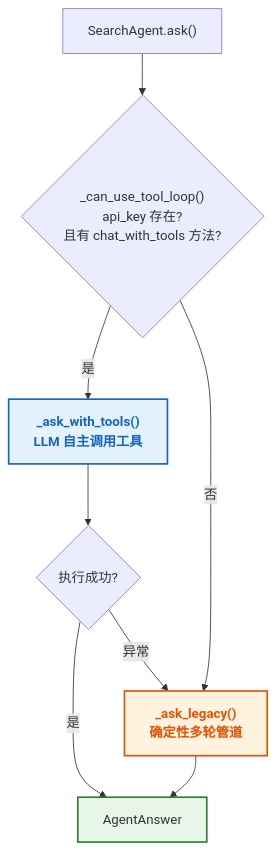
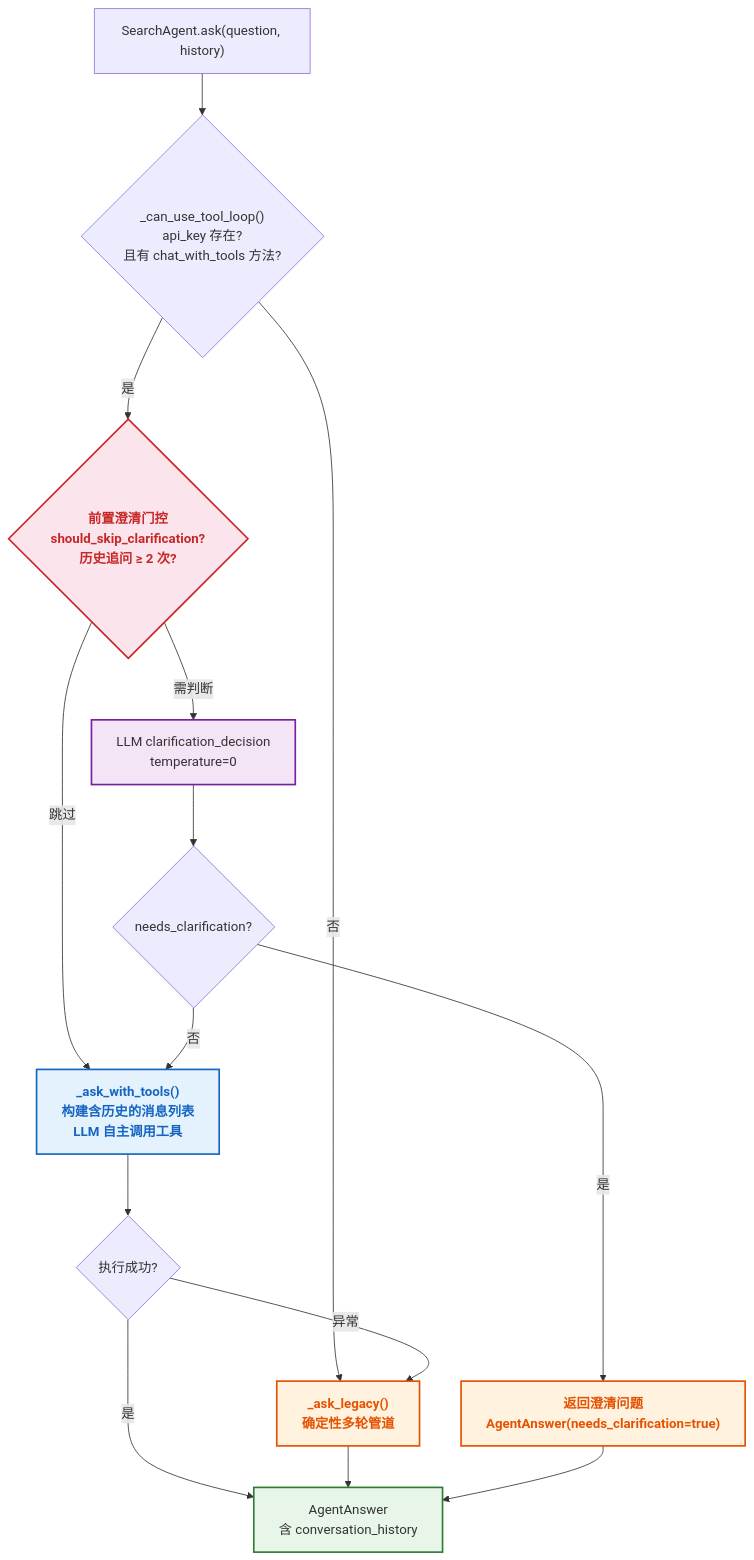
Before and after one commit to taohong000/search_agent: the eighth of 8 diagrams in 项目流程图.md, drawn with Mermaid. The commit also changed other lines of this file and 2 other files, not shown here.

Commit message:
Enhance clarification system prompt to require region for local policy questions and update related tests. Improve flowchart documentation with additional clarification gate and conversation history features.

````diff
--- a/项目流程图.md
+++ b/项目流程图.md
@@ -321,16 +352,26 @@
 ```mermaid
 flowchart TD
-    Start["SearchAgent.ask()"] --> Check{"_can_use_tool_loop()<br>api_key 存在?<br>且有 chat_with_tools 方法?"}
+    Start["SearchAgent.ask(question, history)"] --> Check{"_can_use_tool_loop()<br>api_key 存在?<br>且有 chat_with_tools 方法?"}
 
-    Check -- "是" --> ToolLoop["_ask_with_tools()<br>LLM 自主调用工具"]
+    Check -- "是" --> ClarGate{"前置澄清门控<br>should_skip_clarification?<br>历史追问 ≥ 2 次?"}
+    ClarGate -- "跳过" --> ToolLoop["_ask_with_tools()<br>构建含历史的消息列表<br>LLM 自主调用工具"]
+    ClarGate -- "需判断" --> ClarLLM["LLM clarification_decision<br>temperature=0"]
+    ClarLLM --> ClarResult{"needs_clarification?"}
+    ClarResult -- "是" --> ClarReturn["返回澄清问题<br>AgentAnswer(needs_clarification=true)"]
+    ClarResult -- "否" --> ToolLoop
+
     Check -- "否" --> Legacy["_ask_legacy()<br>确定性多轮管道"]
 
     ToolLoop --> ToolOK{"执行成功?"}
-    ToolOK -- "是" --> Output["AgentAnswer"]
+    ToolOK -- "是" --> Output["AgentAnswer<br>含 conversation_history"]
     ToolOK -- "异常" --> Legacy
     Legacy --> Output
+    ClarReturn --> Output
 
+    style ClarGate fill:#fce4ec,stroke:#c62828,stroke-width:2px,color:#c62828,font-weight:bold
+    style ClarLLM fill:#f3e5f5,stroke:#7b1fa2,stroke-width:2px
+    style ClarReturn fill:#fff3e0,stroke:#e65100,stroke-width:2px,color:#e65100,font-weight:bold
     style ToolLoop fill:#e3f2fd,stroke:#1565c0,stroke-width:2px,color:#1565c0,font-weight:bold
     style Legacy fill:#fff3e0,stroke:#e65100,stroke-width:2px,color:#e65100,font-weight:bold
     style Output fill:#e8f5e9,stroke:#2e7d32,stroke-width:2px
 ```
````
